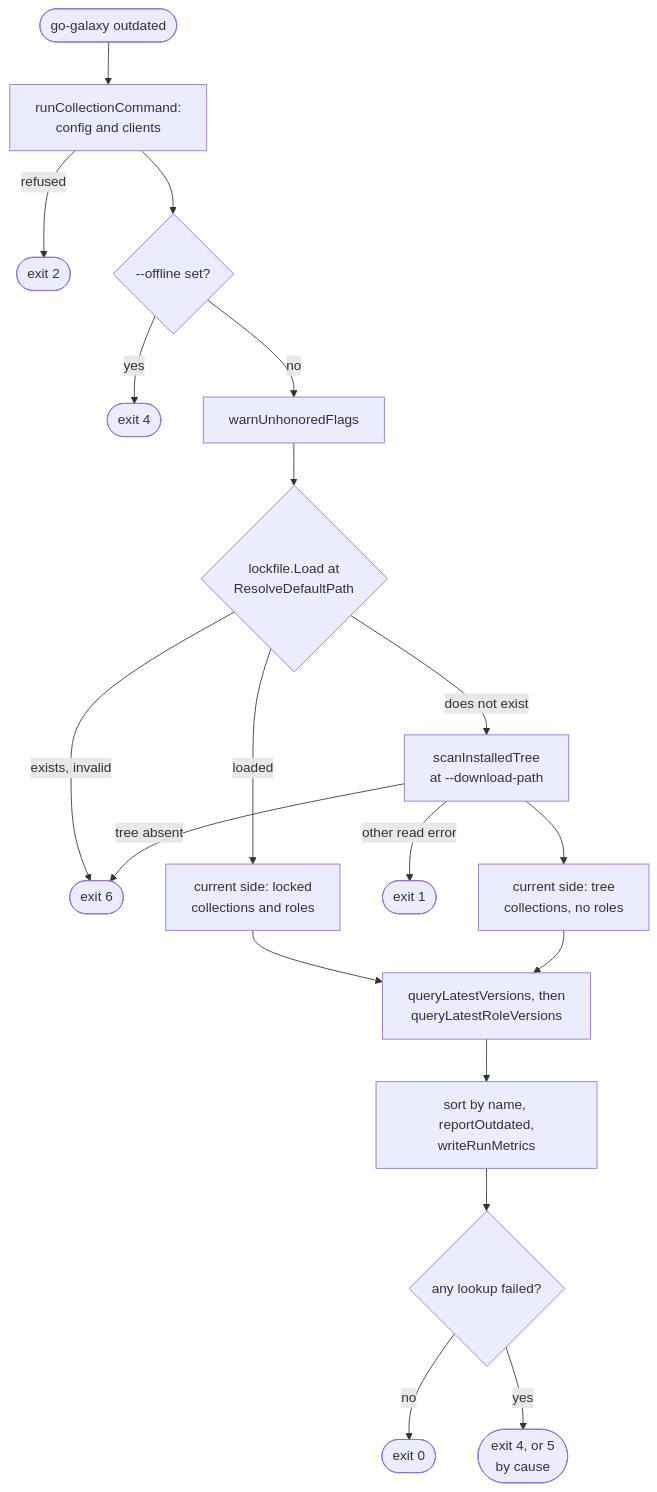
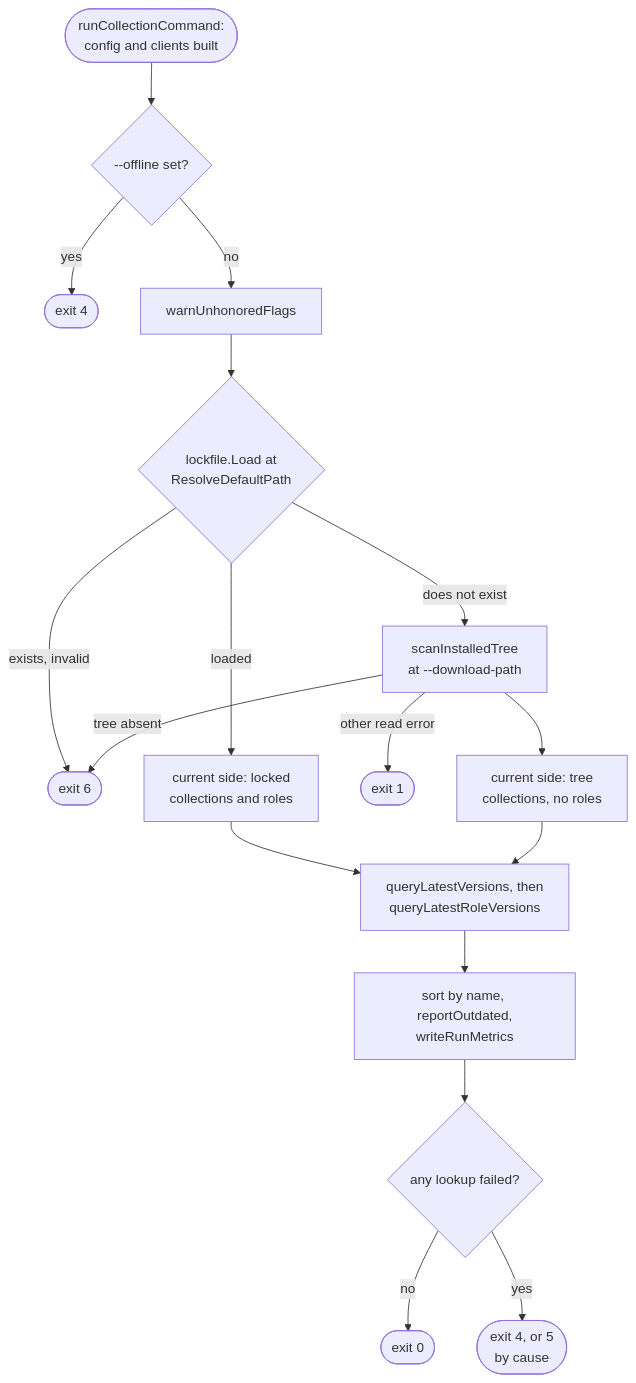
The first of 4 diagrams in docs/internals/flow-outdated.md (greeddj/go-galaxy), drawn with Mermaid before and after one commit. The commit also changed other lines of this file and 36 other files, not shown here.

````diff
--- a/docs/internals/flow-outdated.md
+++ b/docs/internals/flow-outdated.md
@@ -11,21 +11,19 @@
 ```mermaid
 flowchart TD
-    S(["go-galaxy outdated"]) --> CF["runCollectionCommand:<br/>config and clients"]
-    CF -->|"refused"| X2(["exit 2"])
-    CF --> OF{"--offline set?"}
+    CF(["runCollectionCommand:<br/>config and clients built"]) --> OF{"--offline set?"}
     OF -->|"yes"| X4(["exit 4"])
     OF -->|"no"| WU["warnUnhonoredFlags"]
     WU --> LF{"lockfile.Load at<br/>ResolveDefaultPath"}
     LF -->|"exists, invalid"| X6(["exit 6"])
     LF -->|"loaded"| CL["current side: locked<br/>collections and roles"]
     LF -->|"does not exist"| TR["scanInstalledTree<br/>at --download-path"]
     TR -->|"tree absent"| X6
     TR -->|"other read error"| X1(["exit 1"])
     TR --> CT["current side: tree<br/>collections, no roles"]
     CL --> Q["queryLatestVersions, then<br/>queryLatestRoleVersions"]
     CT --> Q
     Q --> RP["sort by name, reportOutdated,<br/>writeRunMetrics"]
     RP --> F{"any lookup failed?"}
     F -->|"no"| X0(["exit 0"])
     F -->|"yes"| XF(["exit 4, or 5<br/>by cause"])
 ```
````
